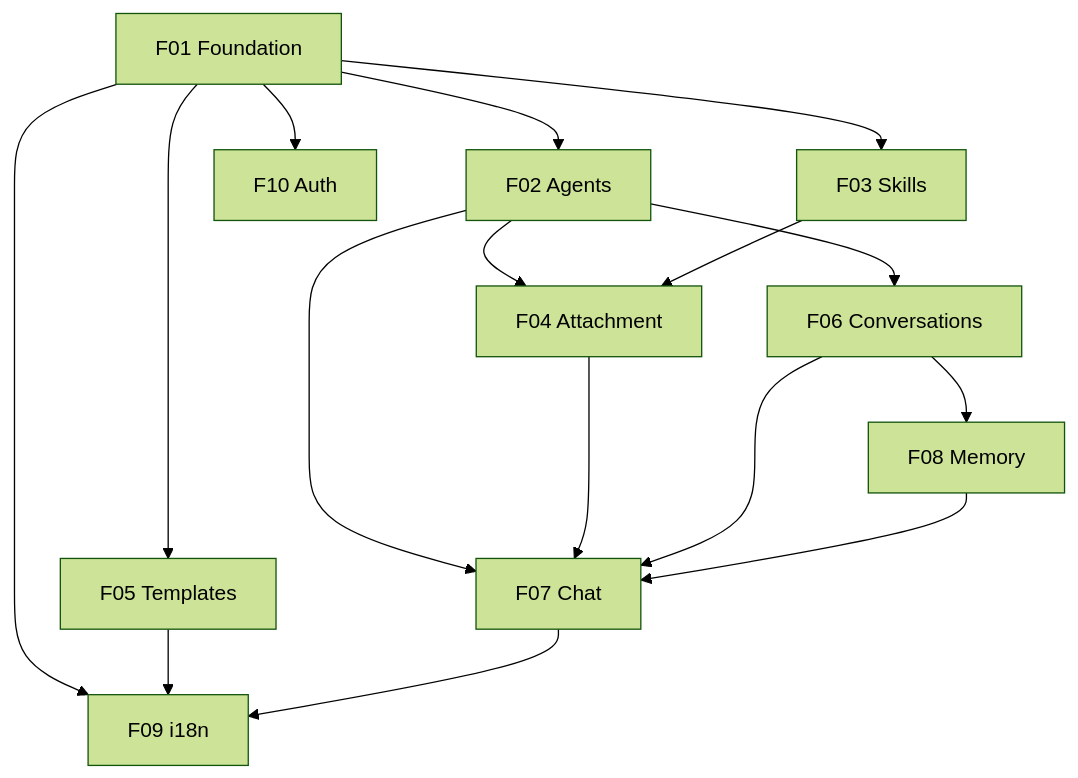
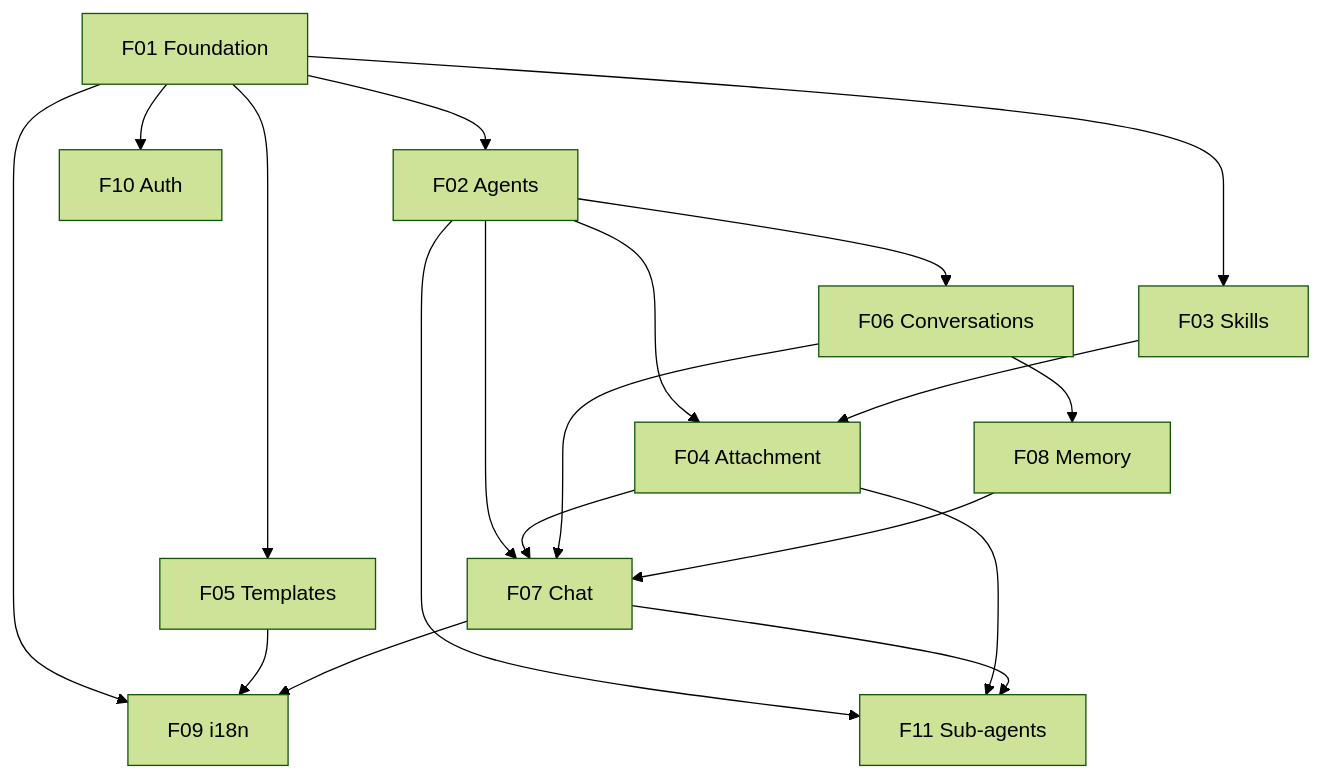
The diagram in docs/PRD.md (jvalsesia/agent-maker), drawn with Mermaid (forest theme) before and after one commit. The commit also changed other lines of this file and 34 other files, not shown here.

First line of the commit message:
feat(F11): Sub-agents — agent-to-agent delegation via @mention (#23)

````diff
--- a/docs/PRD.md
+++ b/docs/PRD.md
@@ -501,18 +552,21 @@
 ```mermaid
 graph TD
   F01[F01 Foundation] --> F02[F02 Agents]
   F01 --> F03[F03 Skills]
   F01 --> F05[F05 Templates]
   F02 --> F04[F04 Attachment]
   F03 --> F04
   F02 --> F06[F06 Conversations]
   F06 --> F08[F08 Memory]
   F02 --> F07[F07 Chat]
   F04 --> F07
   F06 --> F07
   F08 --> F07
   F01 --> F09[F09 i18n]
   F05 --> F09
   F07 --> F09
   F01 --> F10[F10 Auth]
+  F02 --> F11[F11 Sub-agents]
+  F04 --> F11
+  F07 --> F11
 ```
````
